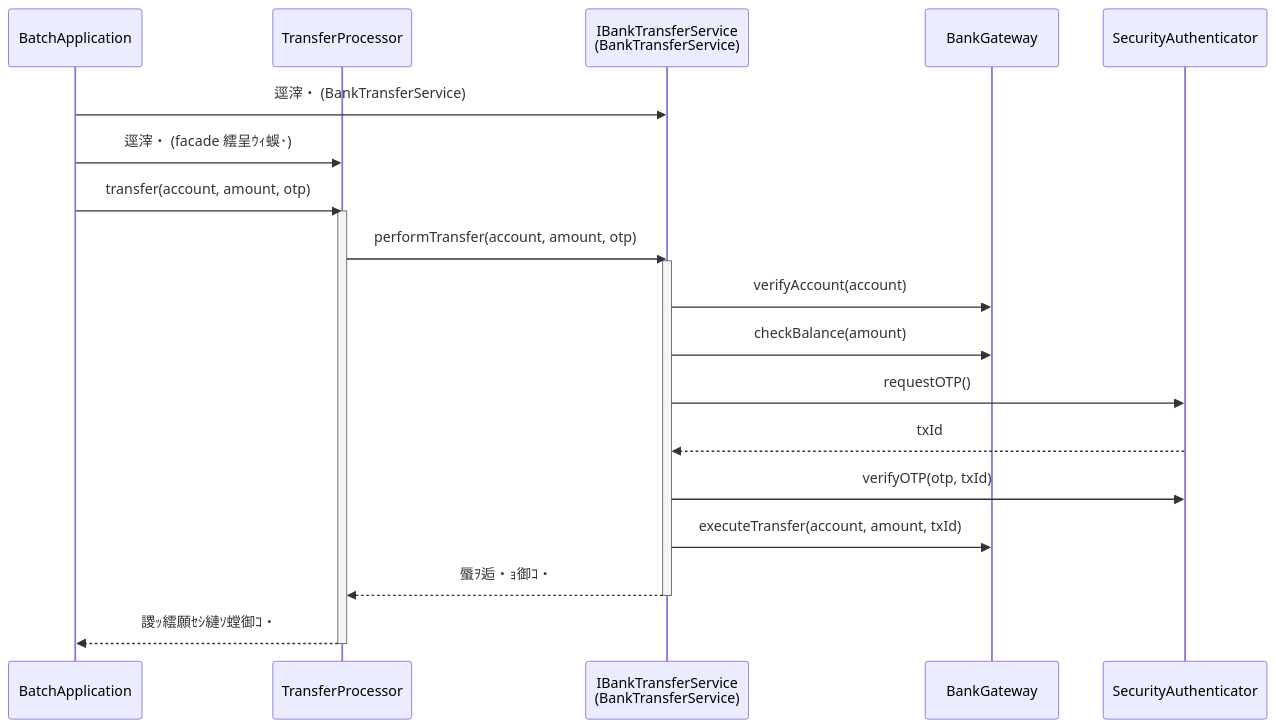
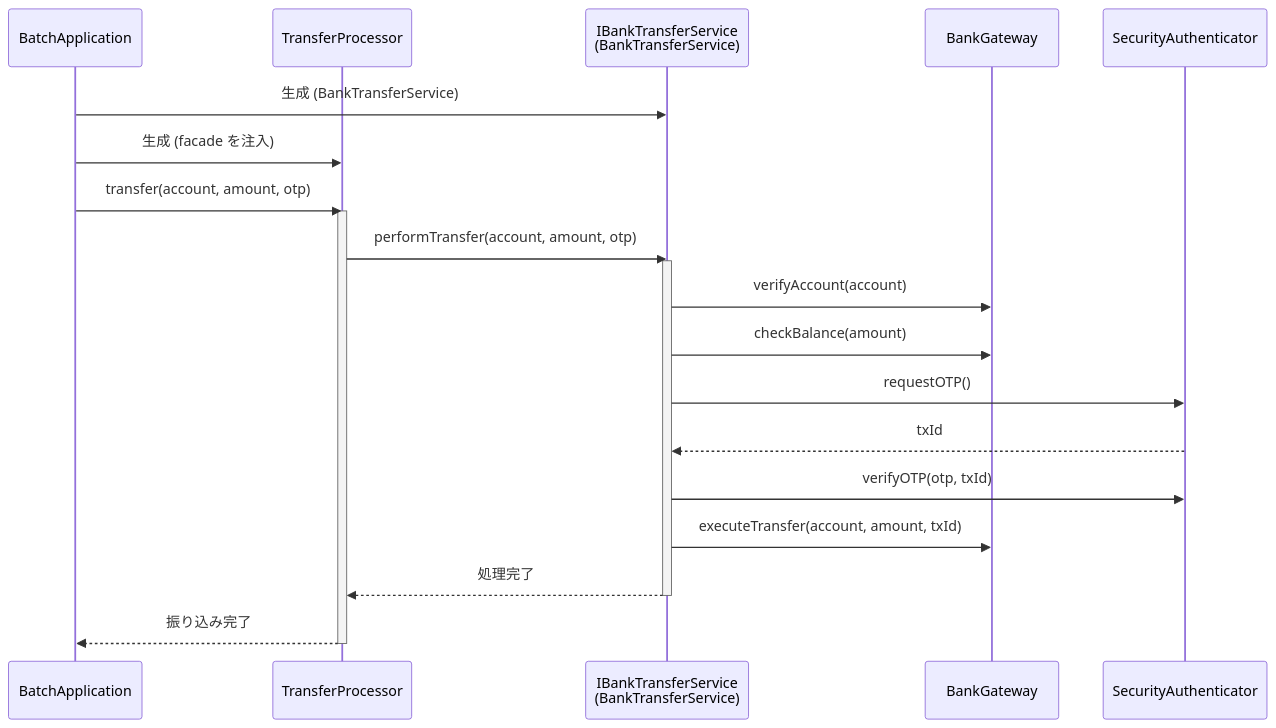
The third of 5 diagrams in kindle/design-patterns/output/chapter02.md (kumachan1101-pixel/DesignPattern), drawn with Mermaid before and after one commit. The commit also changed other lines of this file and 5 other files, not shown here.

````diff
--- a/kindle/design-patterns/output/chapter02.md
+++ b/kindle/design-patterns/output/chapter02.md
@@ -1045,25 +1048,25 @@
 ```mermaid
 sequenceDiagram
     participant B as BatchApplication
     participant T as TransferProcessor
     participant F as IBankTransferService<br/>(BankTransferService)
     participant G as BankGateway
     participant A as SecurityAuthenticator
 
-    B->>F: 逕滓・ (BankTransferService)
-    B->>T: 逕滓・ (facade 繧呈ｳｨ蜈･)
+    B->>F: 生成 (BankTransferService)
+    B->>T: 生成 (facade を注入)
     B->>T: transfer(account, amount, otp)
     activate T
     T->>F: performTransfer(account, amount, otp)
     activate F
     F->>G: verifyAccount(account)
     F->>G: checkBalance(amount)
     F->>A: requestOTP()
     A-->>F: txId
     F->>A: verifyOTP(otp, txId)
     F->>G: executeTransfer(account, amount, txId)
-    F-->>T: 蜃ｦ逅・ｮ御ｺ・
+    F-->>T: 処理完了
     deactivate F
-    T-->>B: 謖ｯ繧願ｾｼ縺ｿ螳御ｺ・
+    T-->>B: 振り込み完了
     deactivate T
 ```
````
